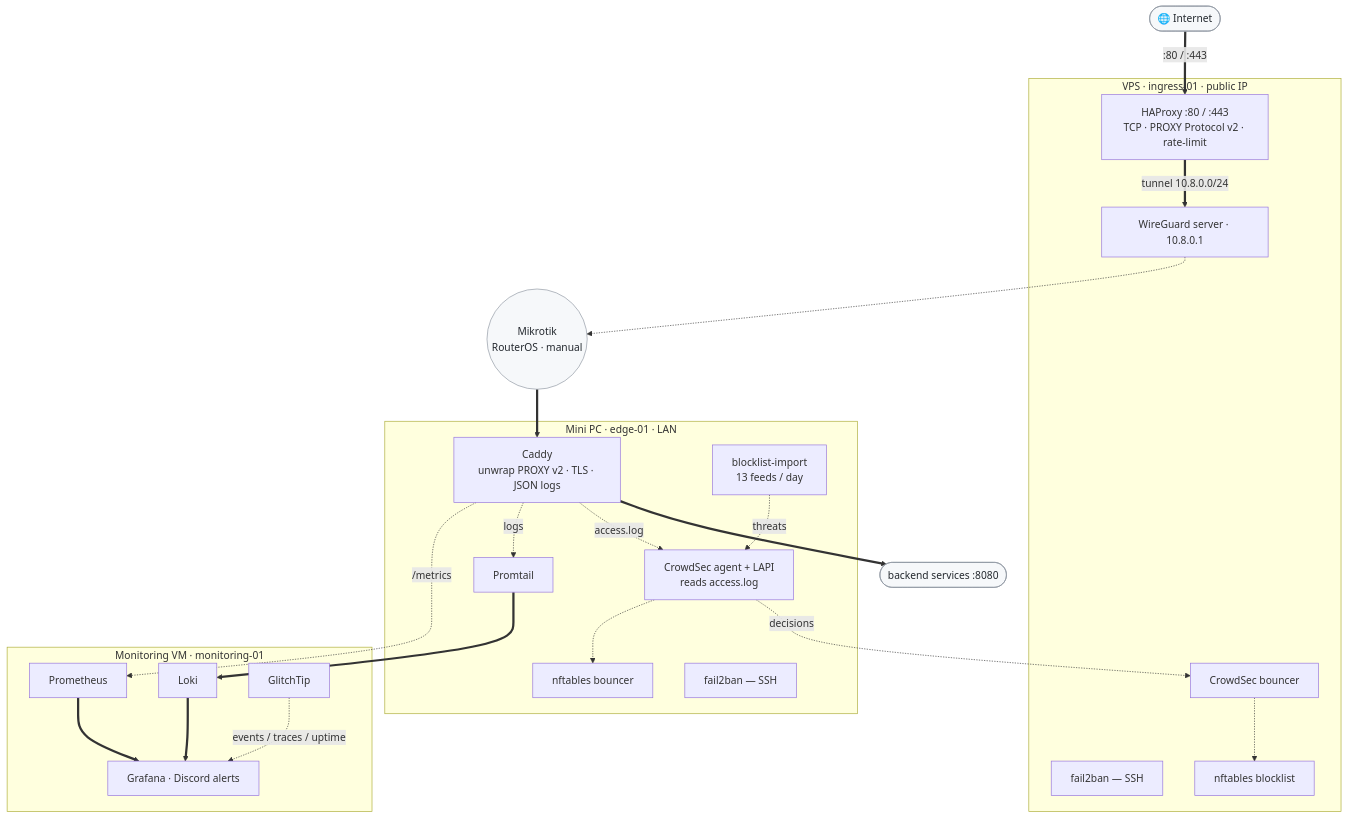
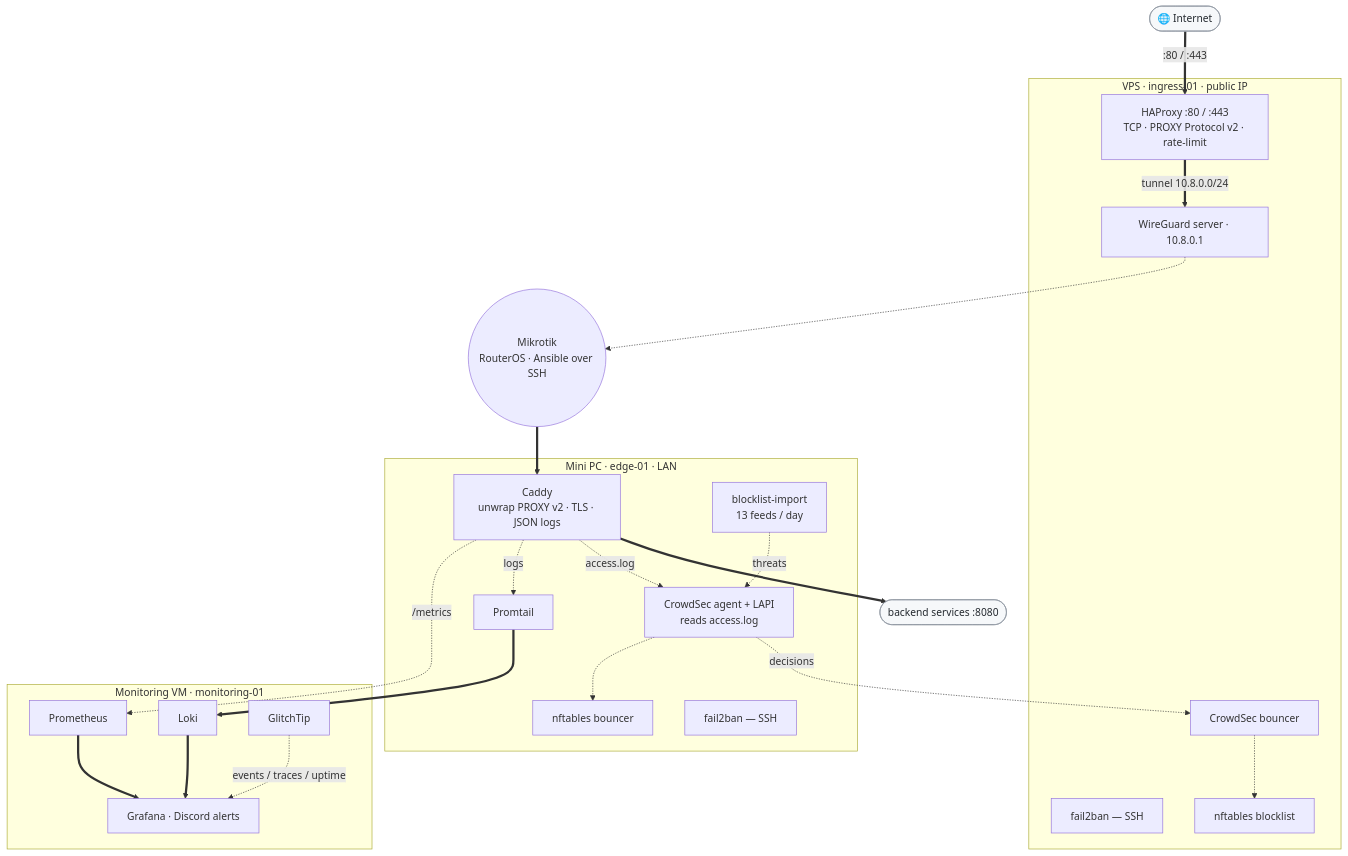
Before and after one commit to Chalvin96/wireguard-setup: the diagram in README.md, drawn with Mermaid. The commit also changed other lines of this file and 8 other files, not shown here.

First line of the commit message:
feat: manage Mikrotik WireGuard tunnel + CGNAT watchdog via Ansible (#8)

````diff
--- a/README.md
+++ b/README.md
@@ -18,56 +18,56 @@
 ```mermaid
 flowchart TD
     NET(["🌐 Internet"]):::ext
 
     subgraph VPS["VPS · ingress-01 · public IP"]
         HA["HAProxy :80 / :443<br/>TCP · PROXY Protocol v2 · rate-limit"]
         WG["WireGuard server · 10.8.0.1"]
         F2B1["fail2ban — SSH"]
         CSB["CrowdSec bouncer"]
         BL1["nftables blocklist"]
     end
 
-    MIK(("Mikrotik<br/>RouterOS · manual")):::ext
+    MIK(("Mikrotik<br/>RouterOS · Ansible over SSH"))
 
     subgraph EDGE["Mini PC · edge-01 · LAN"]
         CAD["Caddy<br/>unwrap PROXY v2 · TLS · JSON logs"]
         CSA["CrowdSec agent + LAPI<br/>reads access.log"]
         BLI["blocklist-import<br/>13 feeds / day"]
         BL2["nftables bouncer"]
         F2B2["fail2ban — SSH"]
         PT["Promtail"]
     end
 
     BACK(["backend services :8080"]):::ext
 
     subgraph MON["Monitoring VM · monitoring-01"]
         LOKI["Loki"]
         PROME["Prometheus"]
         GRAF["Grafana · Discord alerts"]
         GLT["GlitchTip"]
     end
 
     %% ── data plane ──
     NET ==>|":80 / :443"| HA
     HA ==>|"tunnel 10.8.0.0/24"| WG
     WG -.-> MIK
     MIK ==> CAD
     CAD ==> BACK
 
     %% ── security plane ──
     CAD -.->|"access.log"| CSA
     BLI -.->|"threats"| CSA
     CSA -.->|"decisions"| CSB
     CSB -.-> BL1
     CSA -.-> BL2
 
     %% ── observability plane ──
     CAD -.->|"logs"| PT
     PT ==> LOKI
     CAD -.->|"/metrics"| PROME
     PROME ==> GRAF
     LOKI ==> GRAF
     GLT -.->|"events / traces / uptime"| GRAF
 
     classDef ext fill:#f6f8fa,stroke:#8c959f,color:#24292f;
 ```
````
